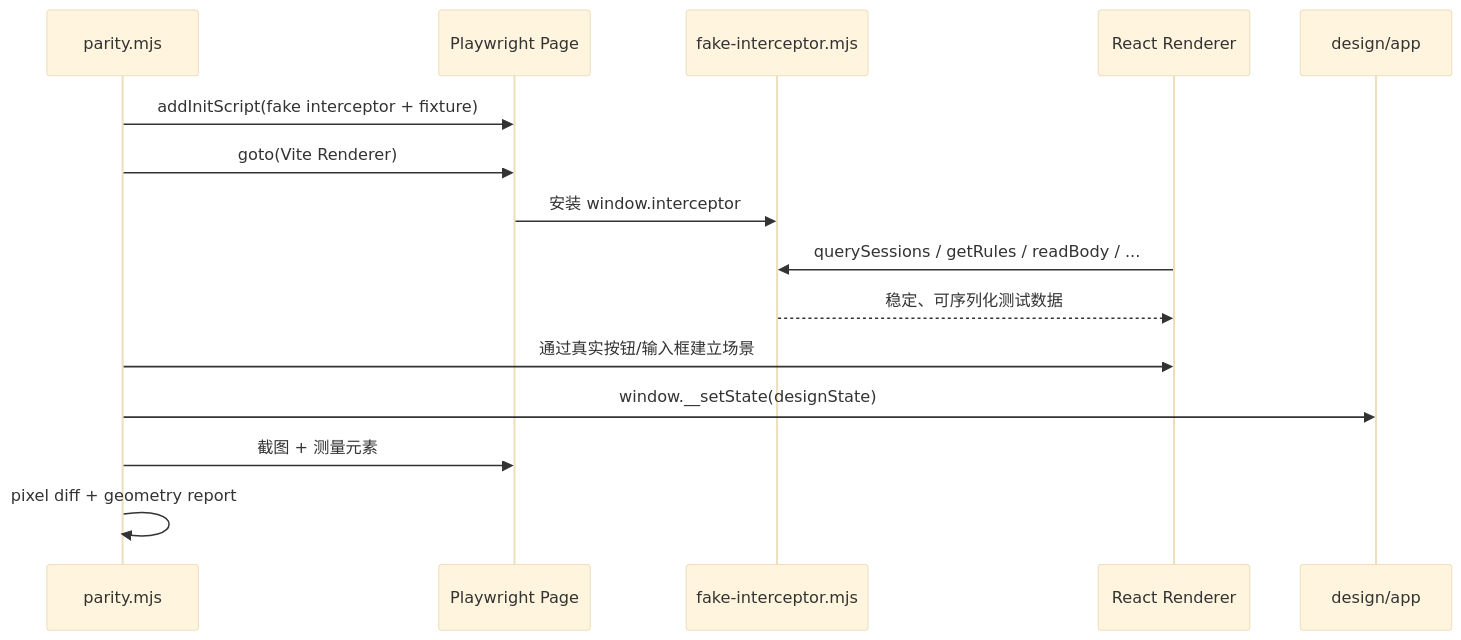
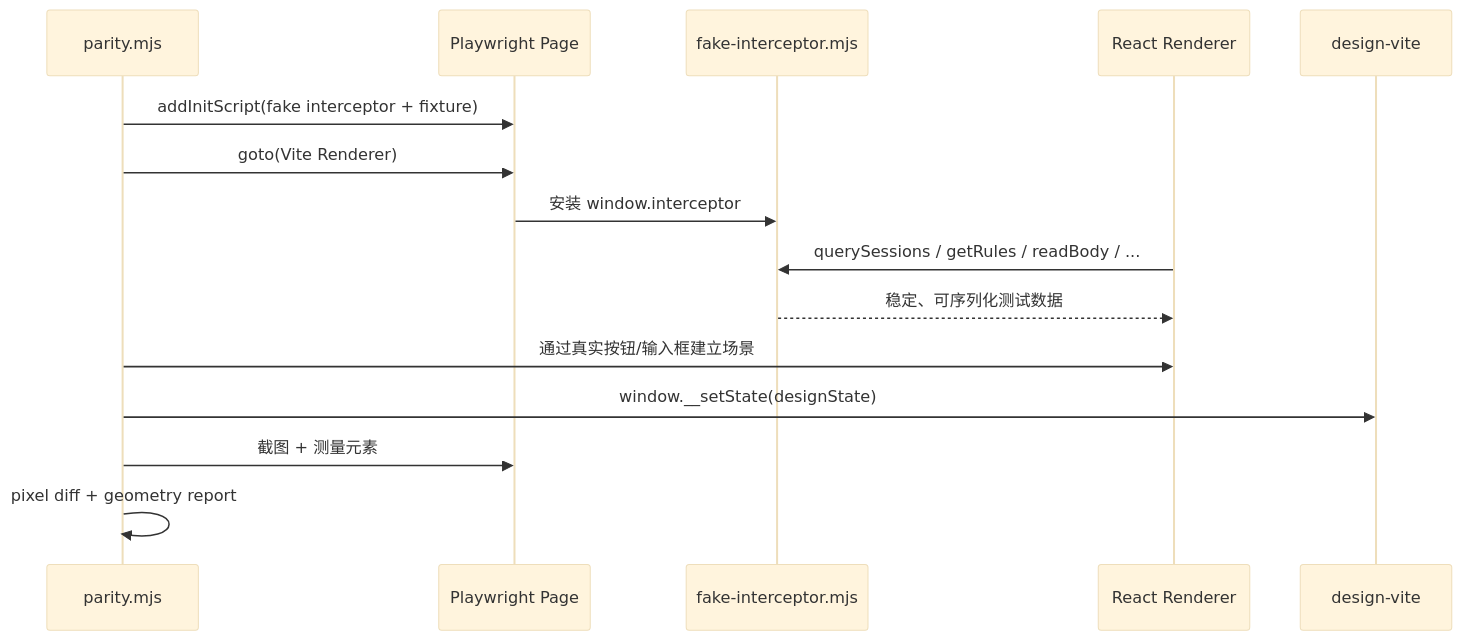
The first of 3 diagrams in apps/desktop/tests/visual-parity/README.md (zhxmt-xm/Interceptor), drawn with Mermaid (base theme) before and after one commit. The commit also changed other lines of this file and 716 other files, not shown here.

````diff
--- a/apps/desktop/tests/visual-parity/README.md
+++ b/apps/desktop/tests/visual-parity/README.md
@@ -73,18 +73,18 @@
 ```mermaid
 sequenceDiagram
     participant H as parity.mjs
     participant P as Playwright Page
     participant F as fake-interceptor.mjs
     participant R as React Renderer
-    participant D as design/app
+    participant D as design-vite
 
     H->>P: addInitScript(fake interceptor + fixture)
     H->>P: goto(Vite Renderer)
     P->>F: 安装 window.interceptor
     R->>F: querySessions / getRules / readBody / ...
     F-->>R: 稳定、可序列化测试数据
     H->>R: 通过真实按钮/输入框建立场景
     H->>D: window.__setState(designState)
     H->>P: 截图 + 测量元素
     H->>H: pixel diff + geometry report
 ```
````
